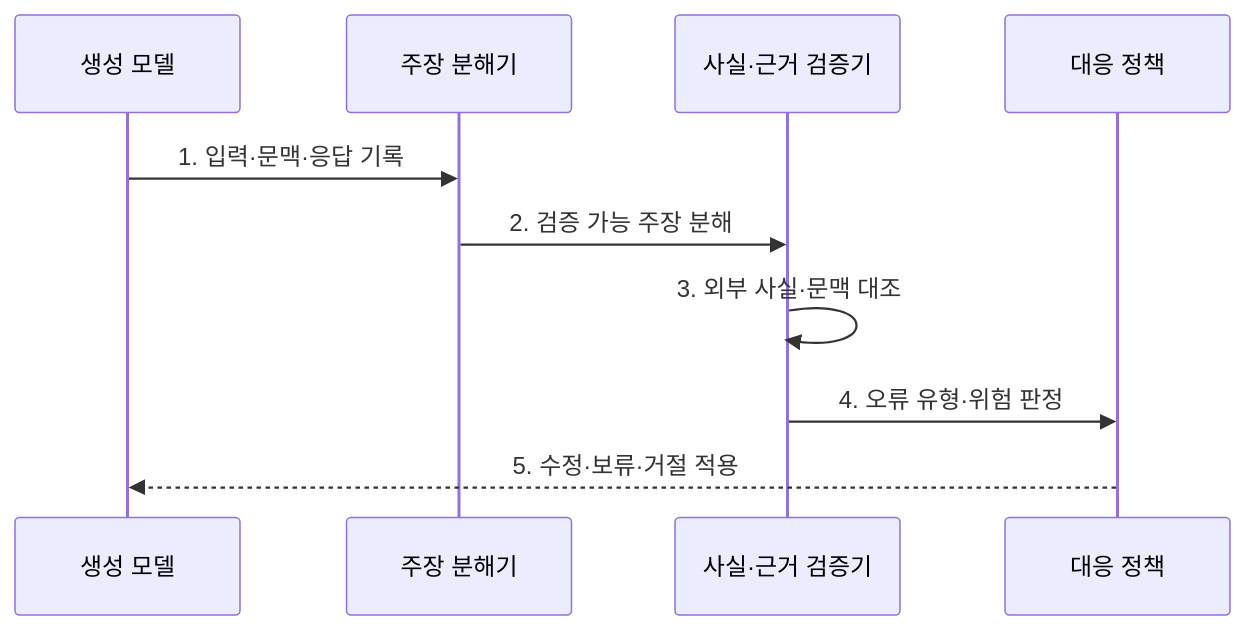
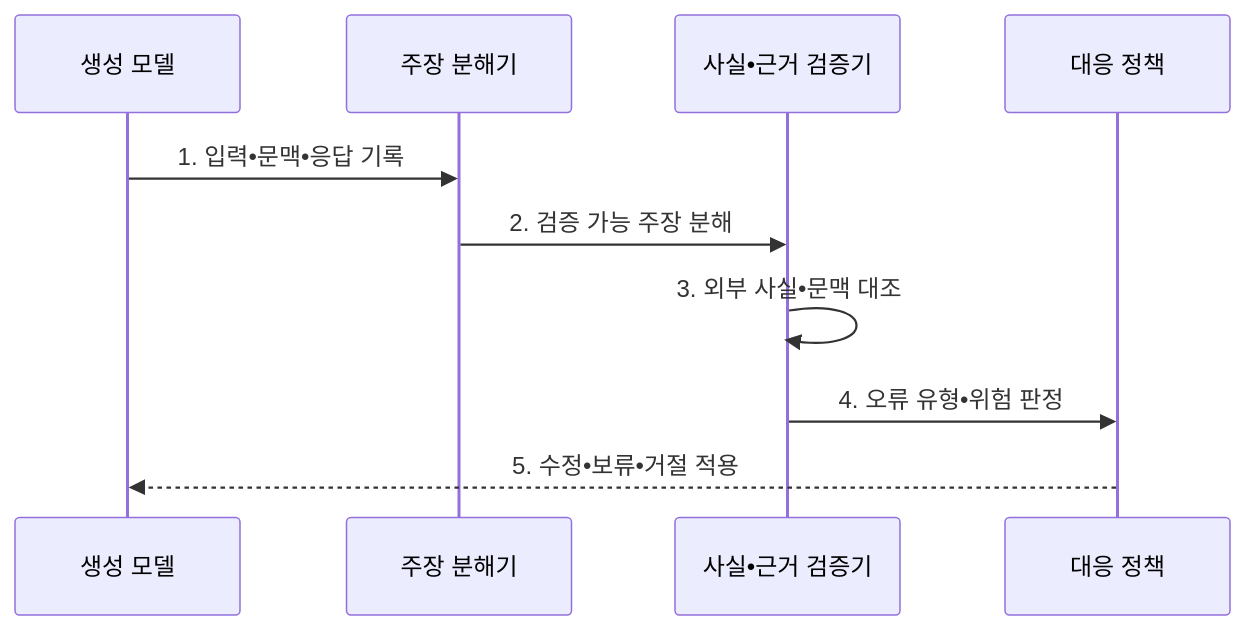
One commit to agnusdei1207/knowledge-base changed the second of 2 diagrams in src/content/docs/notes/08-latest-tech/083_ai_hallucination.md. Above: the diagram before and after it, drawn with Mermaid. The commit also changed other lines of this file and 953 other files, not shown here.

````diff
--- a/src/content/docs/notes/08-latest-tech/083_ai_hallucination.md
+++ b/src/content/docs/notes/08-latest-tech/083_ai_hallucination.md
@@ -102,12 +102,12 @@
 ```mermaid
 sequenceDiagram
     participant M as 생성 모델
     participant C as 주장 분해기
-    participant F as 사실·근거 검증기
+    participant F as 사실•근거 검증기
     participant P as 대응 정책
-    M->>C: 1. 입력·문맥·응답 기록
+    M->>C: 1. 입력•문맥•응답 기록
     C->>F: 2. 검증 가능 주장 분해
-    F->>F: 3. 외부 사실·문맥 대조
-    F->>P: 4. 오류 유형·위험 판정
-    P-->>M: 5. 수정·보류·거절 적용
+    F->>F: 3. 외부 사실•문맥 대조
+    F->>P: 4. 오류 유형•위험 판정
+    P-->>M: 5. 수정•보류•거절 적용
 ```
````
